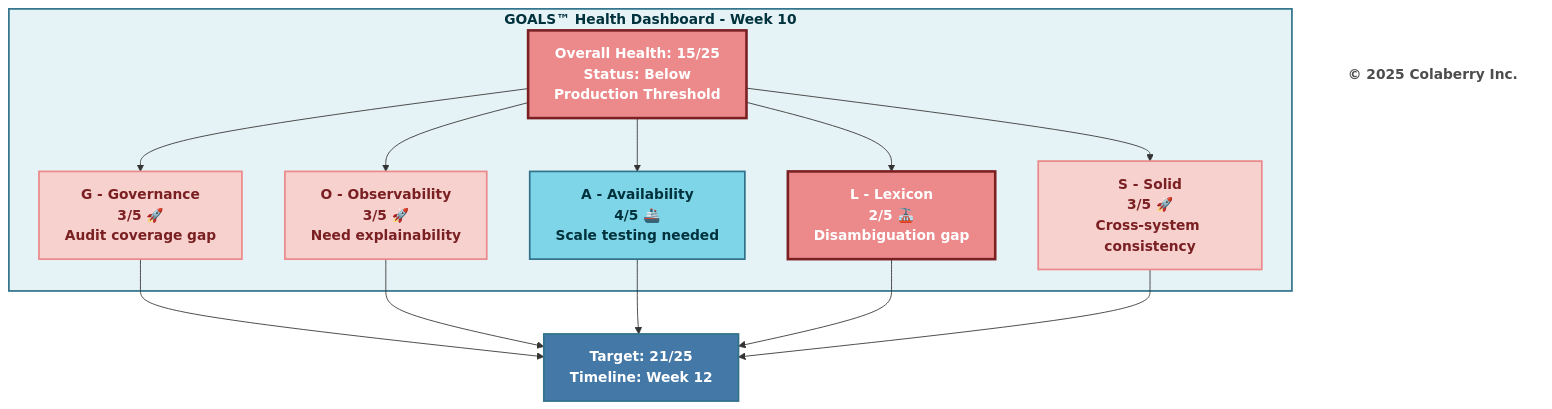
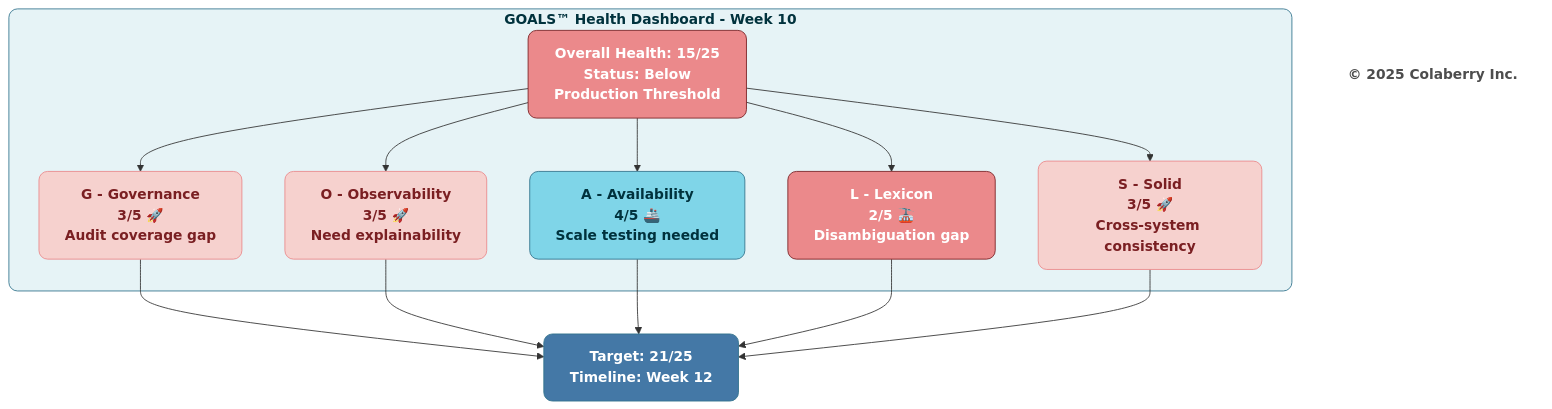
The fourth of 14 diagrams in manuscript/08_chapter_7_goals_framework.md (colaberry/trust-before-intelligence-book), drawn with Mermaid before and after one commit. The commit also changed other lines of this file and 12 other files, not shown here.

````diff
--- a/manuscript/08_chapter_7_goals_framework.md
+++ b/manuscript/08_chapter_7_goals_framework.md
@@ -364,38 +364,38 @@
 ```mermaid
 graph TB
     subgraph DASHBOARD["<b>GOALS™ Health Dashboard - Week 10</b>"]
         TITLE["<b>Overall Health: 15/25</b><br/><b>Status: Below <br/>Production Threshold</b>"]
         
         G["<b>G - Governance</b><br/><b>3/5 🚀</b><br/><b>Audit coverage gap</b>"]
         O["<b>O - Observability</b><br/><b>3/5 🚀</b><br/><b>Need explainability</b>"]
         A["<b>A - Availability</b><br/><b>4/5 🚢</b><br/><b>Scale testing needed</b>"]
         L["<b>L - Lexicon</b><br/><b>2/5 🚠</b><br/><b>Disambiguation gap</b>"]
         S["<b>S - Solid</b><br/><b>3/5 🚀</b><br/><b>Cross-system consistency</b>"]
     end
     
     TITLE --> G
     TITLE --> O
     TITLE --> A
     TITLE --> L
     TITLE --> S
     
     TARGET["<b>Target: 21/25</b><br/><b>Timeline: Week 12</b>"]
     
     G --> TARGET
     O --> TARGET
     A --> TARGET
     L --> TARGET
     S --> TARGET
     
-    style DASHBOARD fill:#E6F3F6,stroke:#32738C,stroke-width:2px,color:#00323D
-    style TITLE fill:#EB898B,color:#ffffff,stroke:#7A1F22,stroke-width:3px
-    style G fill:#F6D1CE,stroke:#EB898B,stroke-width:2px,color:#7A1F22
-    style O fill:#F6D1CE,stroke:#EB898B,stroke-width:2px,color:#7A1F22
-    style A fill:#7FD5E8,stroke:#32738C,stroke-width:2px,color:#00323D
-    style L fill:#EB898B,color:#ffffff,stroke:#7A1F22,stroke-width:3px
-    style S fill:#F6D1CE,stroke:#EB898B,stroke-width:2px,color:#7A1F22
-    style TARGET fill:#4478A6,stroke:#32738C,stroke-width:2px,color:#ffffff
+    style DASHBOARD fill:#E6F3F6,stroke:#32738C,stroke-width:1px,color:#00323D,rx:10,ry:10
+    style TITLE fill:#EB898B,color:#ffffff,stroke:#7A1F22,stroke-width:1px,rx:10,ry:10
+    style G fill:#F6D1CE,stroke:#EB898B,stroke-width:1px,color:#7A1F22,rx:10,ry:10
+    style O fill:#F6D1CE,stroke:#EB898B,stroke-width:1px,color:#7A1F22,rx:10,ry:10
+    style A fill:#7FD5E8,stroke:#32738C,stroke-width:1px,color:#00323D,rx:10,ry:10
+    style L fill:#EB898B,color:#ffffff,stroke:#7A1F22,stroke-width:1px,rx:10,ry:10
+    style S fill:#F6D1CE,stroke:#EB898B,stroke-width:1px,color:#7A1F22,rx:10,ry:10
+    style TARGET fill:#4478A6,stroke:#32738C,stroke-width:1px,color:#ffffff,rx:10,ry:10
     
     Copyright["<b>© 2025 Colaberry Inc.</b>"]
-    style Copyright fill:#ffffff,stroke:none,color:#4d4d4d
+    style Copyright fill:none,stroke:none,color:#4d4d4d
 ```
````
